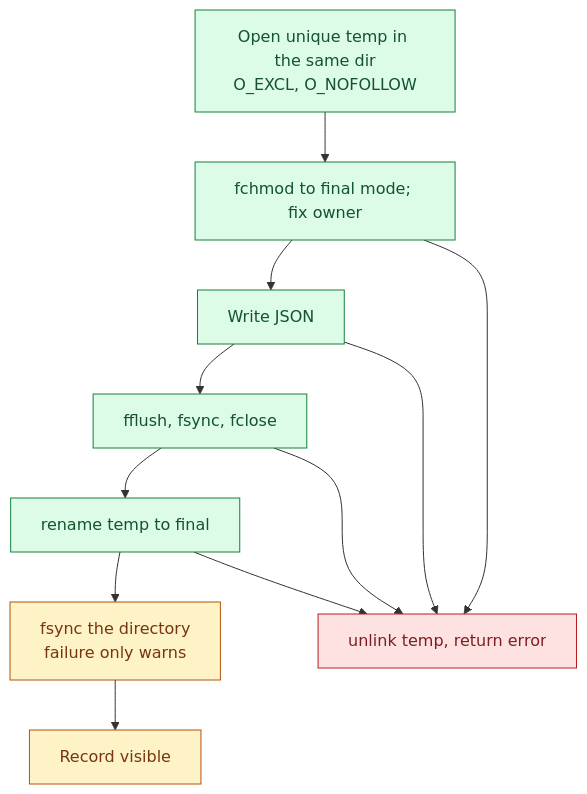
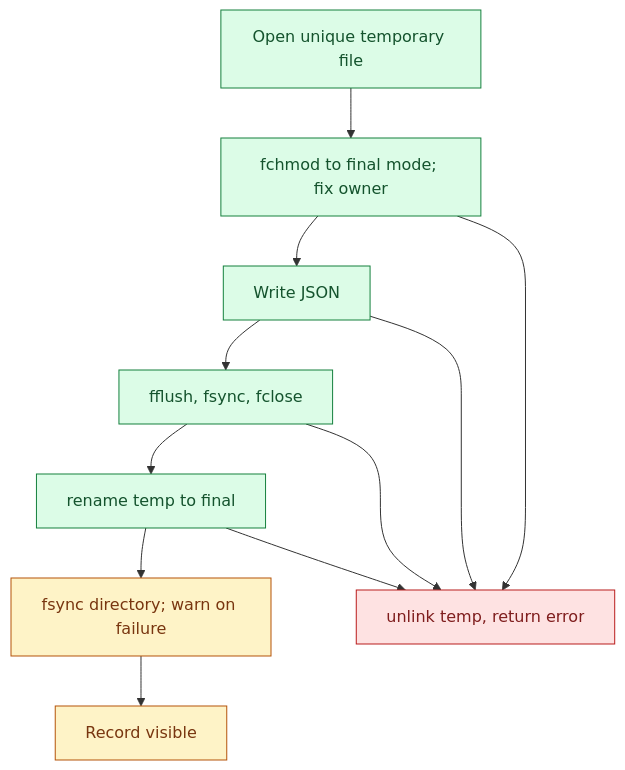
Before and after one commit to RchGrav/callbox: the second of 2 diagrams in docs/store.md, drawn with Mermaid. The commit also changed other lines of this file and 129 other files, not shown here.

````diff
--- a/docs/store.md
+++ b/docs/store.md
@@ -103,20 +115,20 @@
 ```mermaid
 flowchart TD
-    Temp["Open unique temp in the same dir<br/>O_EXCL, O_NOFOLLOW"] --> Mode["fchmod to final mode; fix owner"]
+    Temp["Open unique temporary file"] --> Mode["fchmod to final mode; fix owner"]
     Mode --> Write["Write JSON"]
     Write --> Sync["fflush, fsync, fclose"]
     Sync --> Rename["rename temp to final"]
-    Rename --> DirSync["fsync the directory<br/>failure only warns"]
+    Rename --> DirSync["fsync directory; warn on failure"]
     DirSync --> Done["Record visible"]
     Mode --> Fail["unlink temp, return error"]
     Write --> Fail
     Sync --> Fail
     Rename --> Fail
 
     classDef write fill:#dcfce7,stroke:#15803d,color:#14532d
     classDef durable fill:#fef3c7,stroke:#b45309,color:#78350f
     classDef fail fill:#fee2e2,stroke:#b91c1c,color:#7f1d1d
     class Temp,Mode,Write,Sync,Rename write
     class DirSync,Done durable
     class Fail fail
 ```
````
